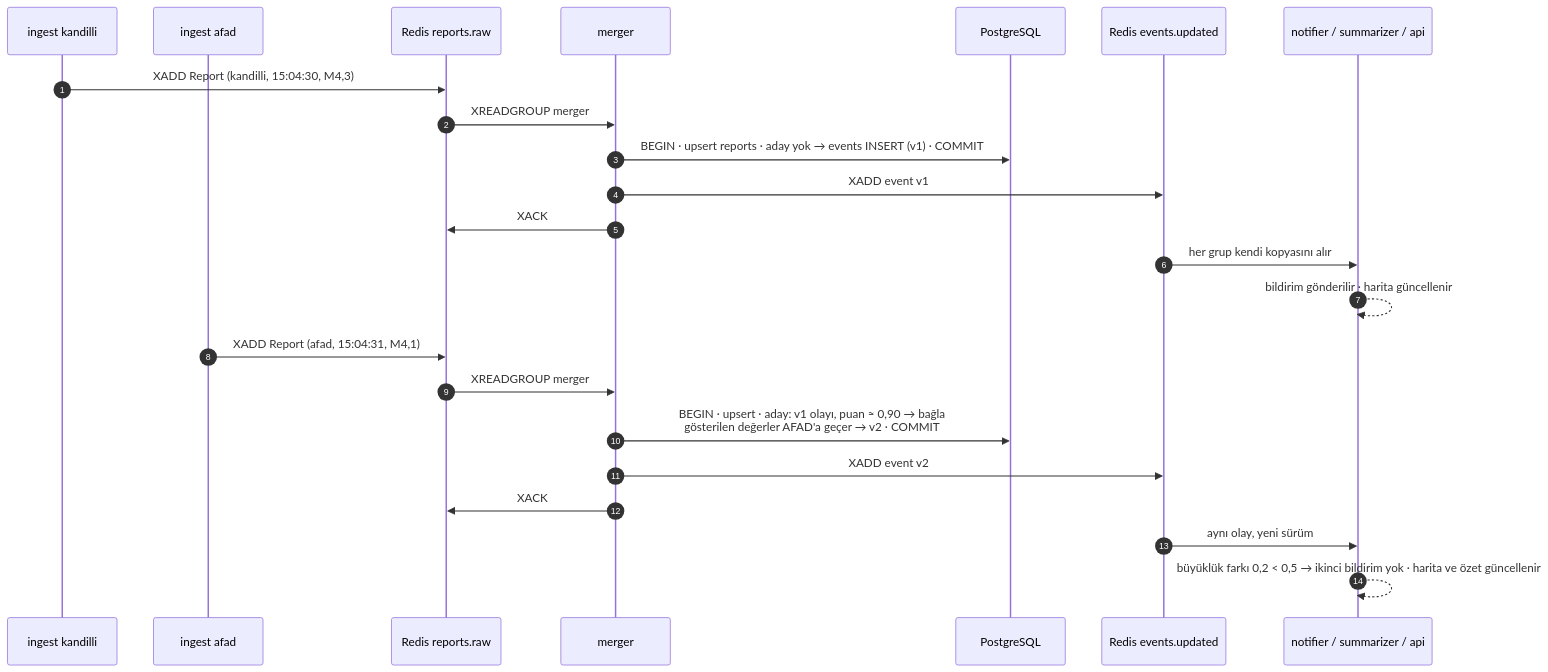
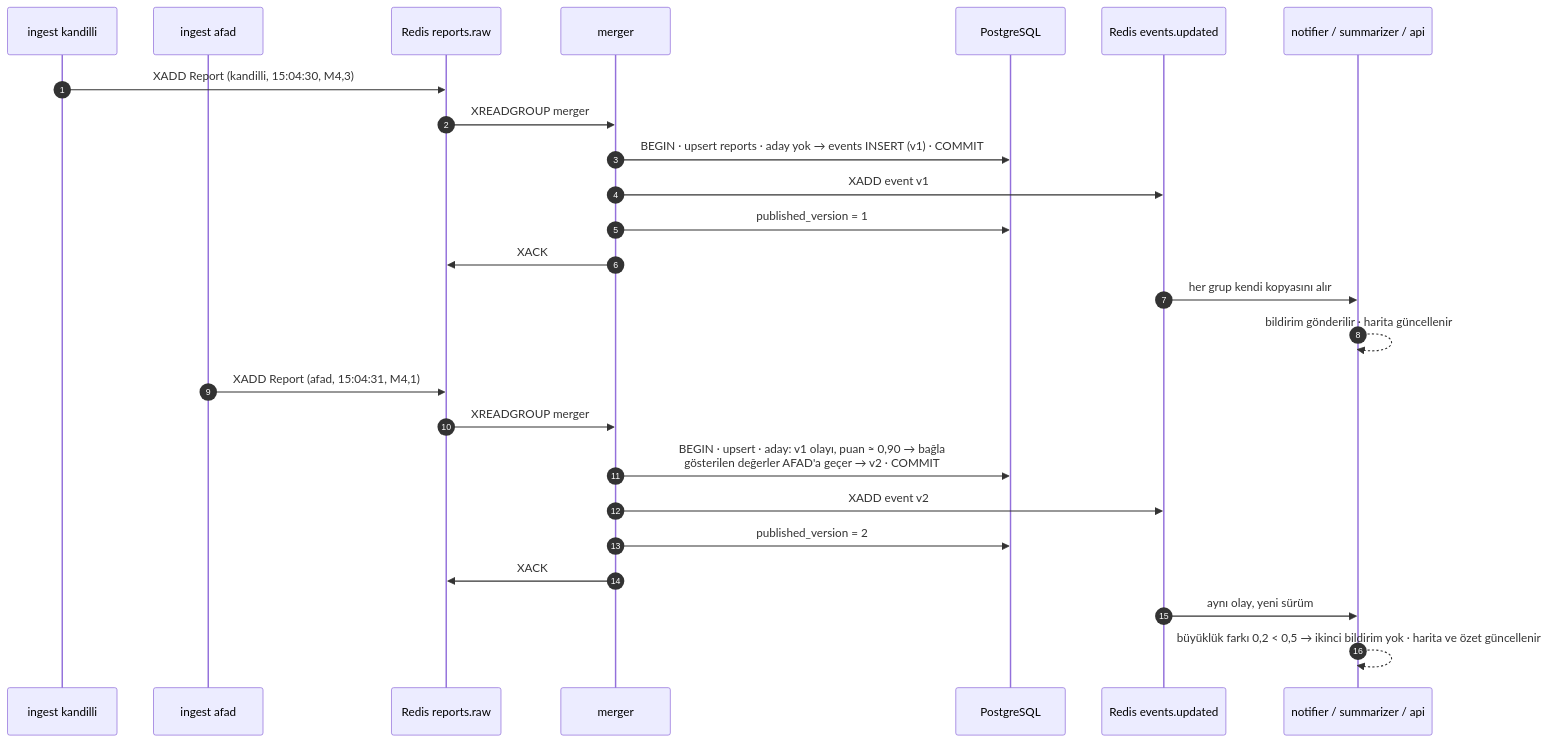
One commit to Nisagwn/artci changed the second of 5 diagrams in README.md. Above: the diagram before and after it, drawn with Mermaid. The commit also changed other lines of this file and 3 other files, not shown here.

````diff
--- a/README.md
+++ b/README.md
@@ -117,27 +117,29 @@
 ```mermaid
 sequenceDiagram
     autonumber
     participant K as ingest kandilli
     participant A as ingest afad
     participant R as Redis reports.raw
     participant M as merger
     participant DB as PostgreSQL
     participant E as Redis events.updated
     participant N as notifier / summarizer / api
 
     K->>R: XADD Report (kandilli, 15:04:30, M4,3)
     R->>M: XREADGROUP merger
     M->>DB: BEGIN · upsert reports · aday yok → events INSERT (v1) · COMMIT
     M->>E: XADD event v1
+    M->>DB: published_version = 1
     M->>R: XACK
     E->>N: her grup kendi kopyasını alır
     N-->>N: bildirim gönderilir · harita güncellenir
 
     A->>R: XADD Report (afad, 15:04:31, M4,1)
     R->>M: XREADGROUP merger
     M->>DB: BEGIN · upsert · aday: v1 olayı, puan ≈ 0,90 → bağla<br/>gösterilen değerler AFAD'a geçer → v2 · COMMIT
     M->>E: XADD event v2
+    M->>DB: published_version = 2
     M->>R: XACK
     E->>N: aynı olay, yeni sürüm
     N-->>N: büyüklük farkı 0,2 < 0,5 → ikinci bildirim yok · harita ve özet güncellenir
 ```
````
